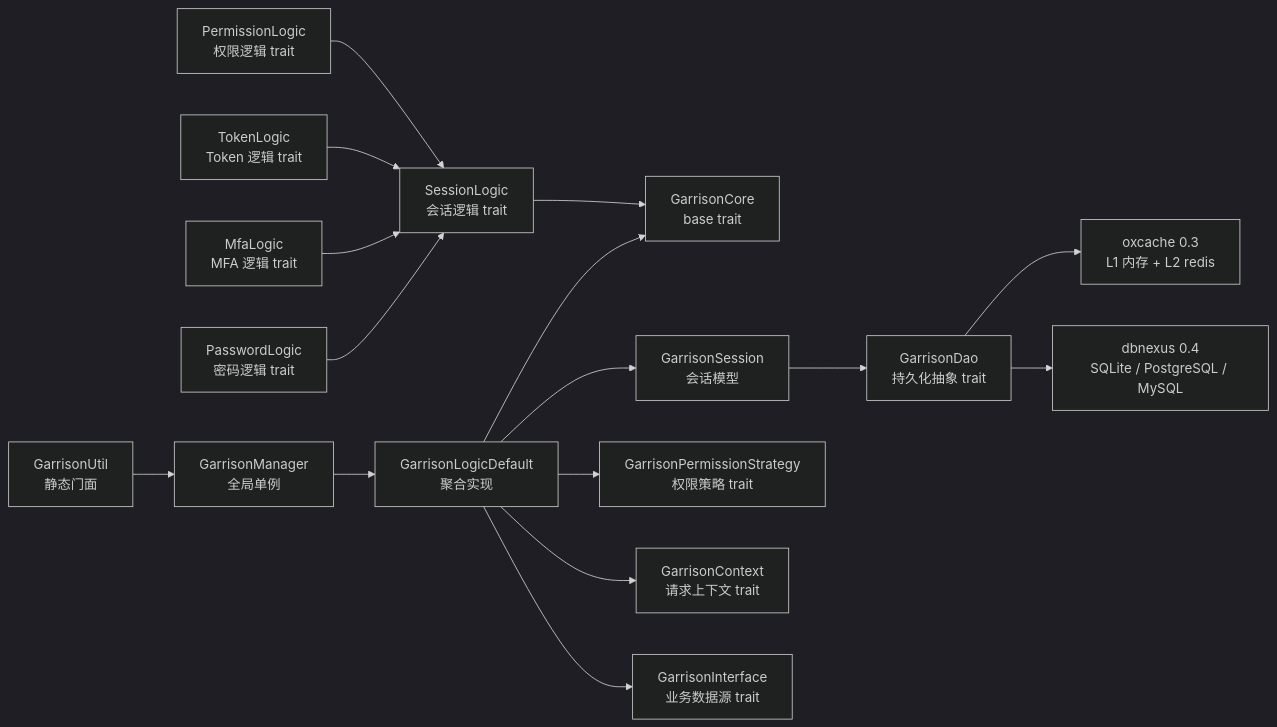
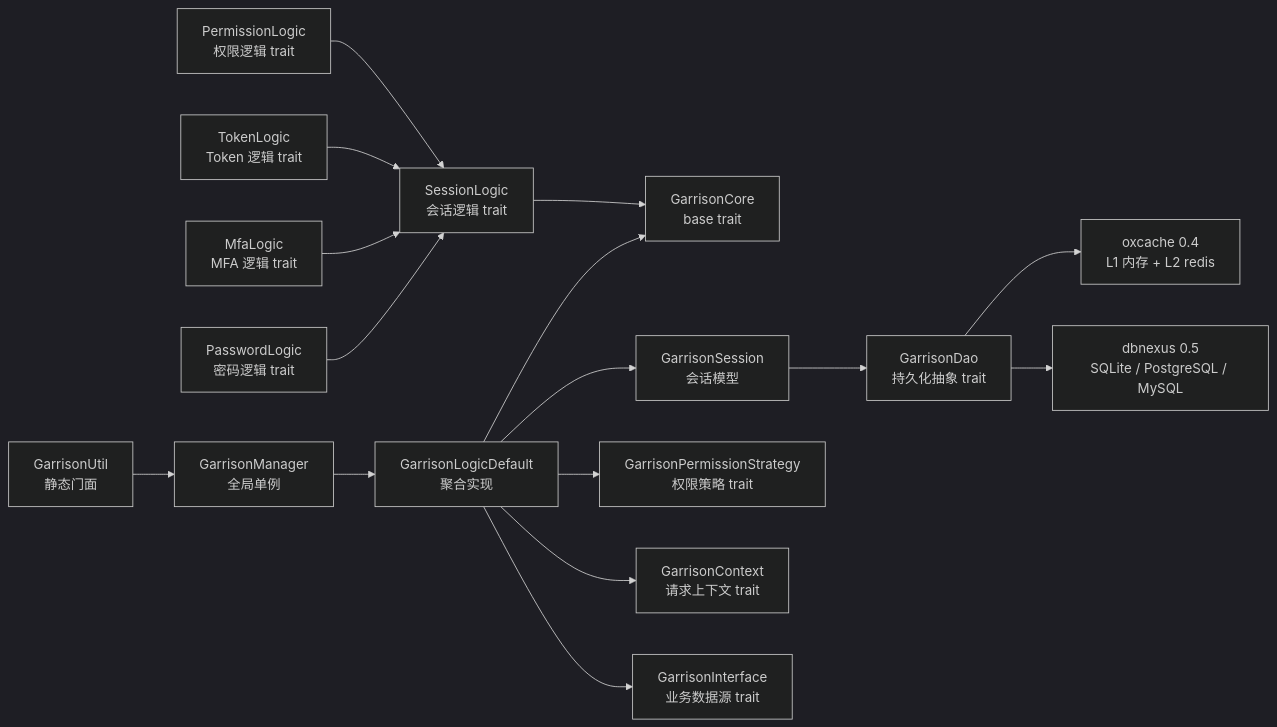
One commit to Kirky-X/garrison changed the second of 3 diagrams in docs/ARCHITECTURE.md. Above: the diagram before and after it, drawn with Mermaid (dark theme). The commit also changed other lines of this file and 7 other files, not shown here.

````diff
--- a/docs/ARCHITECTURE.md
+++ b/docs/ARCHITECTURE.md
@@ -205,32 +205,32 @@
 ```mermaid
 graph LR
     BC[GarrisonCore<br/>base trait]
     SL[SessionLogic<br/>会话逻辑 trait]
     PL[PermissionLogic<br/>权限逻辑 trait]
     TL[TokenLogic<br/>Token 逻辑 trait]
     ML[MfaLogic<br/>MFA 逻辑 trait]
     PWL[PasswordLogic<br/>密码逻辑 trait]
     BI[GarrisonInterface<br/>业务数据源 trait]
     BD[GarrisonDao<br/>持久化抽象 trait]
     BS[GarrisonSession<br/>会话模型]
     BCtx[GarrisonContext<br/>请求上下文 trait]
     BFS[GarrisonPermissionStrategy<br/>权限策略 trait]
     BM[GarrisonManager<br/>全局单例]
     BU[GarrisonUtil<br/>静态门面]
 
     BU --> BM
     BM --> BLD[GarrisonLogicDefault<br/>聚合实现]
     BLD --> BC
     SL --> BC
     PL --> SL
     TL --> SL
     ML --> SL
     PWL --> SL
     BLD --> BS
     BLD --> BFS
     BLD --> BCtx
     BS --> BD
     BLD --> BI
-    BD --> oxcache[oxcache 0.3<br/>L1 内存 + L2 redis]
-    BD --> dbnexus[dbnexus 0.4<br/>SQLite / PostgreSQL / MySQL]
+    BD --> oxcache[oxcache 0.4<br/>L1 内存 + L2 redis]
+    BD --> dbnexus[dbnexus 0.5<br/>SQLite / PostgreSQL / MySQL]
 ```
````
